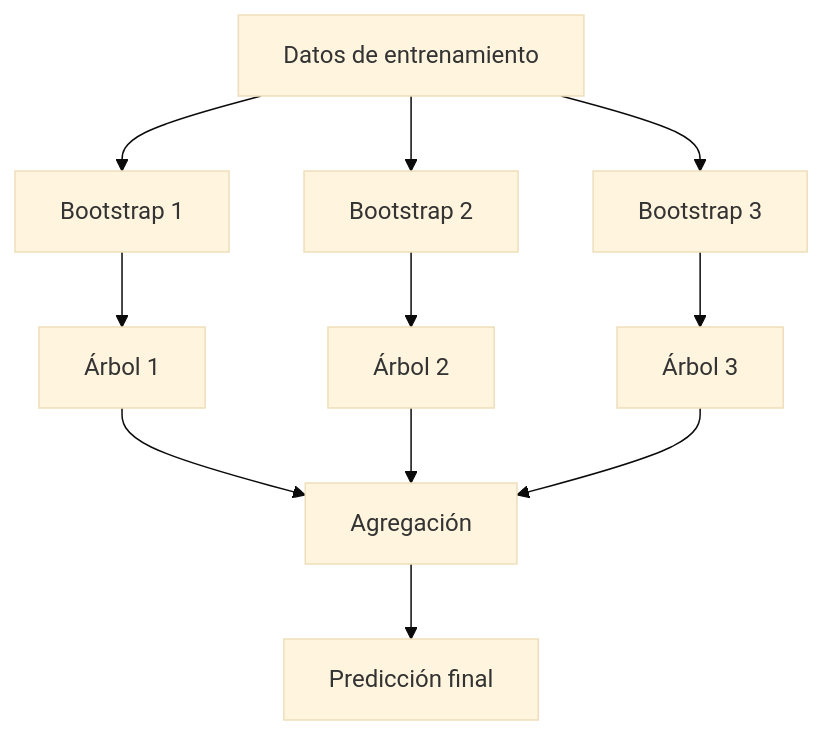
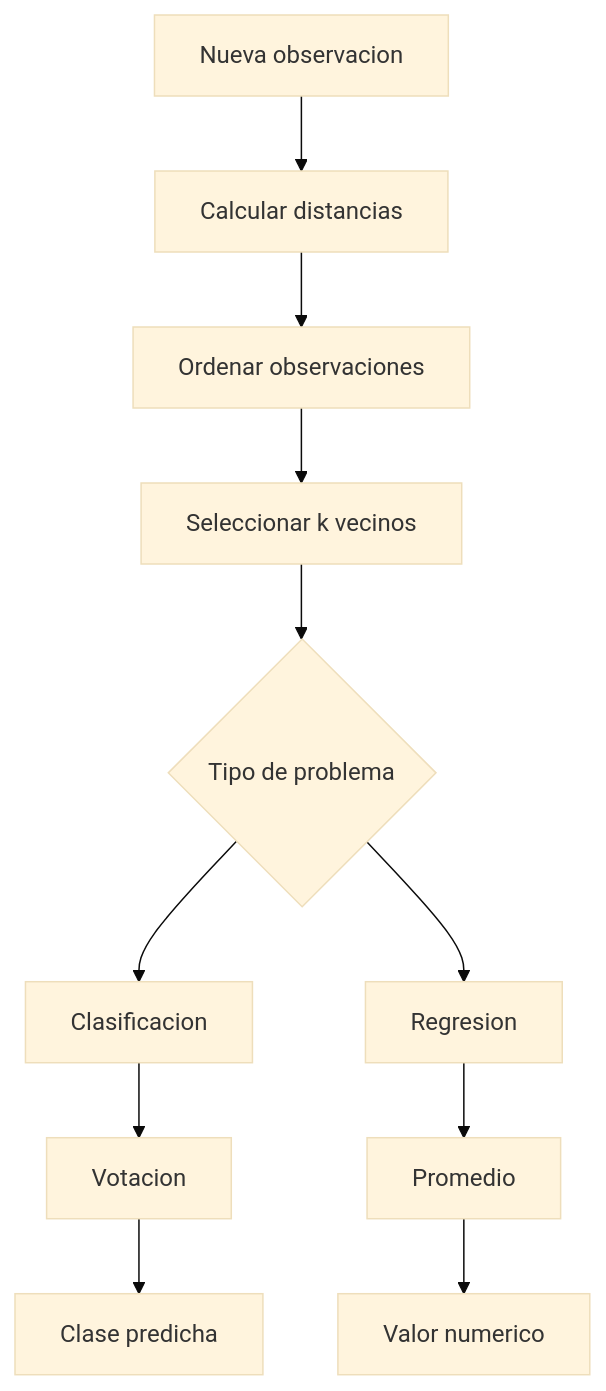
Before and after one commit to AxelIvanArroyoLara/Notes: the seventh of 34 diagrams in Séptimo Semestre/Temas Selectos I/Segundo Parcial/8. Repaso Parcial.md, drawn with Mermaid (base theme). The commit also changed other lines of this file and 1 other file, not shown here.

````diff
--- a/Séptimo Semestre/Temas Selectos I/Segundo Parcial/8. Repaso Parcial.md
+++ b/Séptimo Semestre/Temas Selectos I/Segundo Parcial/8. Repaso Parcial.md
@@ -1076,16 +370,19 @@
 ```mermaid  
-flowchart TD  
-A["Datos de entrenamiento"] --> B["Bootstrap 1"]  
-A --> C["Bootstrap 2"]  
-A --> D["Bootstrap 3"]  
+flowchart TB  
+A["Nueva observacion"]  
   
-B --> E["Árbol 1"]  
-C --> F["Árbol 2"]  
-D --> G["Árbol 3"]  
+A --> B["Calcular distancias"]  
+B --> C["Ordenar observaciones"]  
+C --> D["Seleccionar k vecinos"]  
   
-E --> H["Agregación"]  
-F --> H  
-G --> H  
+D --> E{"Tipo de problema"}  
   
-H --> I["Predicción final"]  
+E --> F["Clasificacion"]  
+E --> G["Regresion"]  
+  
+F --> H["Votacion"]  
+G --> I["Promedio"]  
+  
+H --> J["Clase predicha"]  
+I --> K["Valor numerico"]  
 ```  
````
